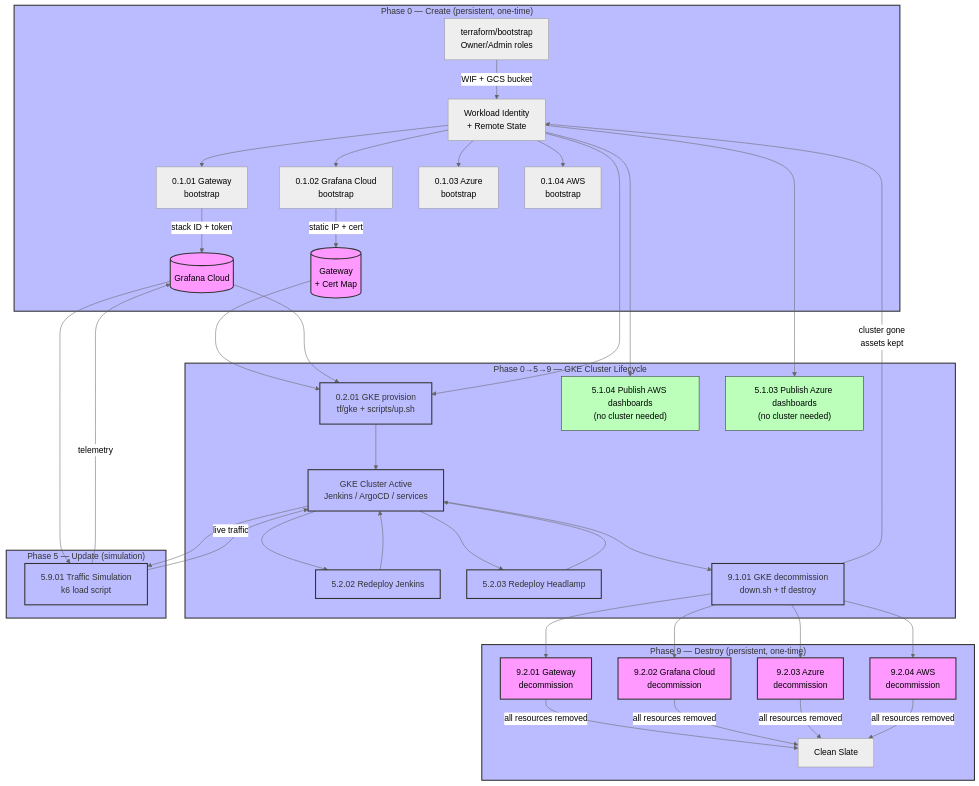
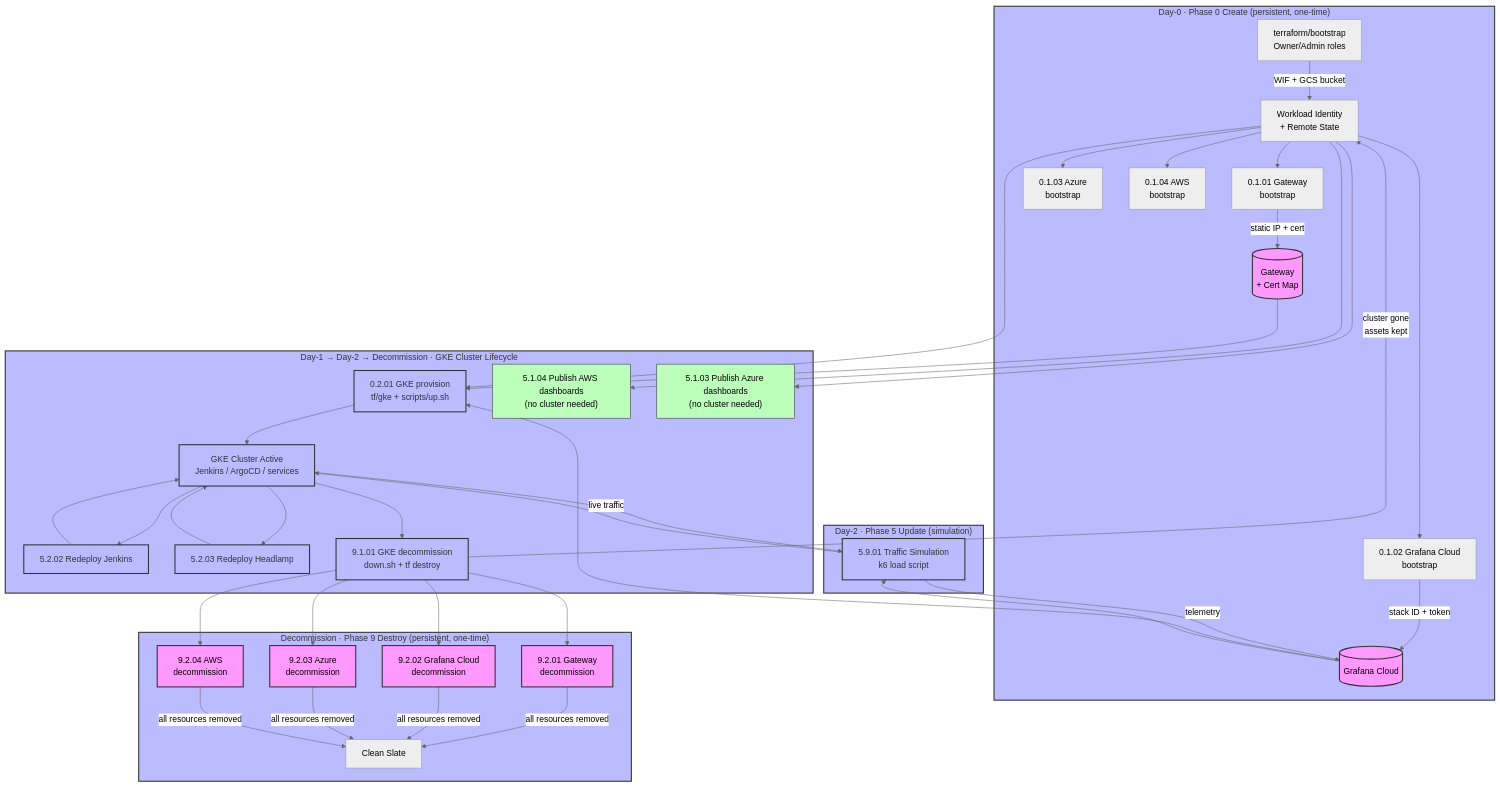
Before and after one commit to nubenetes/jenkins-2026: the diagram in docs/102-GITHUB_ACTIONS_AUTOMATION.md, drawn with Mermaid (neutral theme). The commit also changed other lines of this file, not shown here.

Commit message:
docs(102): surface the Day-0/1/2/Decommission lifecycle labels (#246)
The Day-0/1/2/Decommission taxonomy + per-workflow table already live in docs/101;
propagate the labels into docs/102 so the automation doc is self-describing:
- a note under "Detailed Workflow Reference" defining Day-0 (0.1.xx bootstrap) /
  Day-1 (0.2.01 provision) / Day-2 (5.x ops) / Decommission (9.x), linking to the
  docs/101 section
- tag the section headers (Bootstrap = Day-0, Decommission)
- tag the lifecycle mermaid subgraph titles with their Day-N

Also fixes a mermaid edge crossed by the earlier Gateway↔GC reorder: the Gateway
node now maps to "static IP + cert → Gateway+Cert Map" and the Grafana Cloud node
to "stack ID + token → Grafana Cloud".

````diff
--- a/docs/102-GITHUB_ACTIONS_AUTOMATION.md
+++ b/docs/102-GITHUB_ACTIONS_AUTOMATION.md
@@ -43,45 +43,45 @@
 ```mermaid
 graph TD
-    subgraph Bootstrapping ["Phase 0 — Create (persistent, one-time)"]
+    subgraph Bootstrapping ["Day-0 · Phase 0 Create (persistent, one-time)"]
         A["terraform/bootstrap<br>Owner/Admin roles"] -->|"WIF + GCS bucket"| B["Workload Identity<br>+ Remote State"]
         B --> C["0.1.01 Gateway<br>bootstrap"]
         B --> D["0.1.02 Grafana Cloud<br>bootstrap"]
         B --> C2["0.1.03 Azure<br>bootstrap"]
         B --> C3["0.1.04 AWS<br>bootstrap"]
-        C -->|"stack ID + token"| E[("Grafana Cloud")]
-        D -->|"static IP + cert"| F[("Gateway<br>+ Cert Map")]
+        C -->|"static IP + cert"| F[("Gateway<br>+ Cert Map")]
+        D -->|"stack ID + token"| E[("Grafana Cloud")]
     end
 
-    subgraph GKE_Lifecycle ["Phase 0→5→9 — GKE Cluster Lifecycle"]
+    subgraph GKE_Lifecycle ["Day-1 → Day-2 → Decommission · GKE Cluster Lifecycle"]
         F & E & B --> G["0.2.01 GKE provision<br>tf/gke + scripts/up.sh"]
         G --> H["GKE Cluster Active<br>Jenkins / ArgoCD / services"]
         H --> I["5.2.02 Redeploy Jenkins"]
         H --> J["5.2.03 Redeploy Headlamp"]
         B --> L2["5.1.04 Publish AWS dashboards<br>(no cluster needed)"]
         B --> M2["5.1.03 Publish Azure dashboards<br>(no cluster needed)"]
         I & J --> H
         H --> K["9.1.01 GKE decommission<br>down.sh + tf destroy"]
         K -->|"cluster gone<br>assets kept"| B
     end
 
-    subgraph Simulation ["Phase 5 — Update (simulation)"]
+    subgraph Simulation ["Day-2 · Phase 5 Update (simulation)"]
         H & E --> O["5.9.01 Traffic Simulation<br>k6 load script"]
         O -->|"live traffic"| H
         O -->|"telemetry"| E
     end
 
-    subgraph Persistent_Teardown ["Phase 9 — Destroy (persistent, one-time)"]
+    subgraph Persistent_Teardown ["Decommission · Phase 9 Destroy (persistent, one-time)"]
         K --> P1["9.2.01 Gateway<br>decommission"]
         K --> P2["9.2.02 Grafana Cloud<br>decommission"]
         K --> P3["9.2.03 Azure<br>decommission"]
         K --> P4["9.2.04 AWS<br>decommission"]
         P1 & P2 & P3 & P4 -->|"all resources removed"| N["Clean Slate"]
     end
 
     classDef persistent fill:#f9f,stroke:#333,stroke-width:2px;
     classDef cluster fill:#bbf,stroke:#333,stroke-width:2px;
     classDef update fill:#bfb,stroke:#333,stroke-width:1px;
     class E,F,P1,P2,P3,P4 persistent;
     class G,H,I,J,K,O cluster;
     class L2,M2 update;
 ```
````
